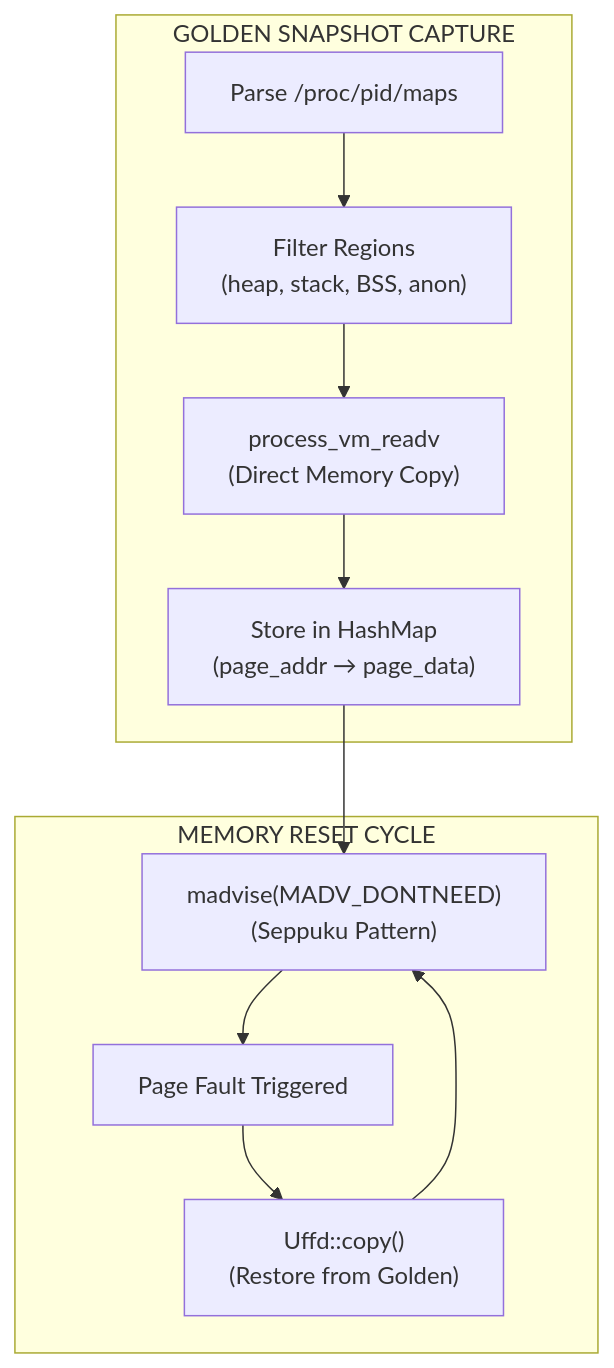
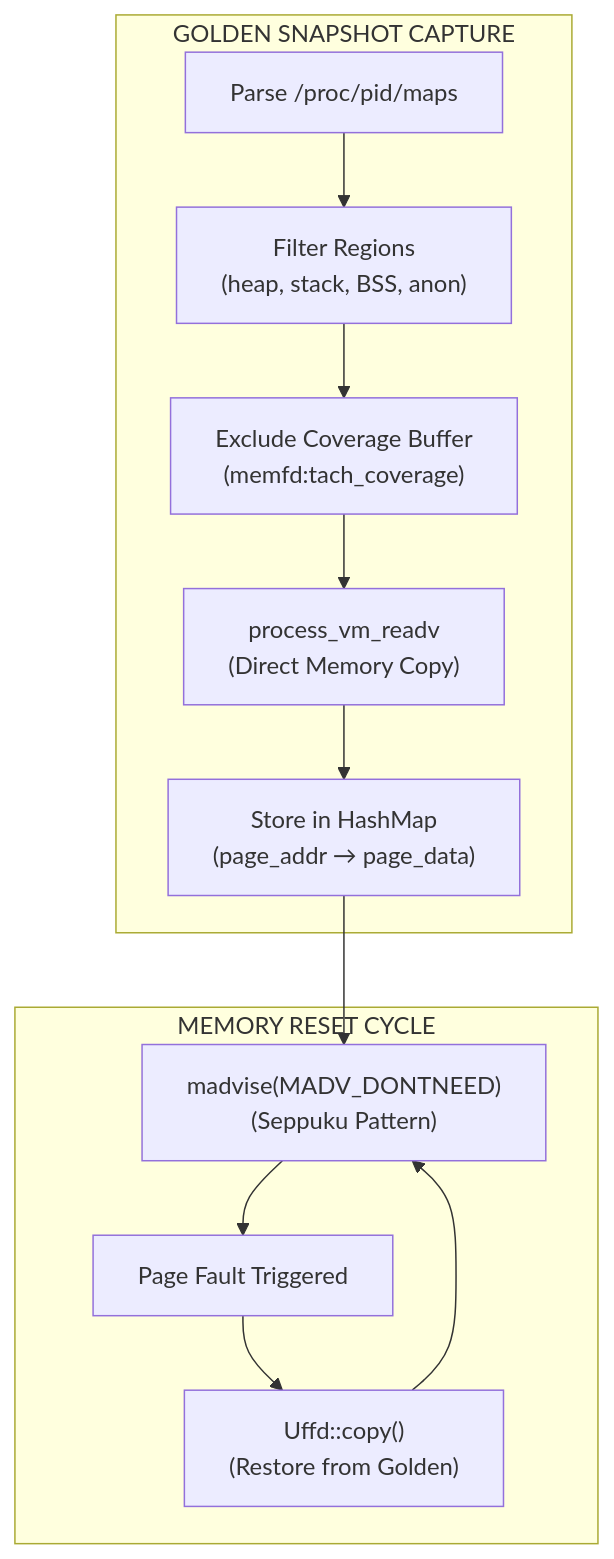
Before and after one commit to NikkeTryHard/tach-core: the second of 9 diagrams in README.md, drawn with Mermaid. The commit also changed other lines of this file, not shown here.

````diff
--- a/README.md
+++ b/README.md
@@ -144,20 +161,21 @@
 ```mermaid
 flowchart TB
     subgraph Capture["GOLDEN SNAPSHOT CAPTURE"]
         Maps["Parse /proc/pid/maps"]
         Filter["Filter Regions\n(heap, stack, BSS, anon)"]
+        Exclude["Exclude Coverage Buffer\n(memfd:tach_coverage)"]
         Copy["process_vm_readv\n(Direct Memory Copy)"]
         Store["Store in HashMap\n(page_addr → page_data)"]
     end
 
     subgraph Reset["MEMORY RESET CYCLE"]
         Invalidate["madvise(MADV_DONTNEED)\n(Seppuku Pattern)"]
         Fault["Page Fault Triggered"]
         Restore["Uffd::copy()\n(Restore from Golden)"]
     end
 
-    Maps --> Filter --> Copy --> Store
+    Maps --> Filter --> Exclude --> Copy --> Store
     Store --> Invalidate
     Invalidate --> Fault --> Restore
     Restore --> Invalidate
 ```
````
